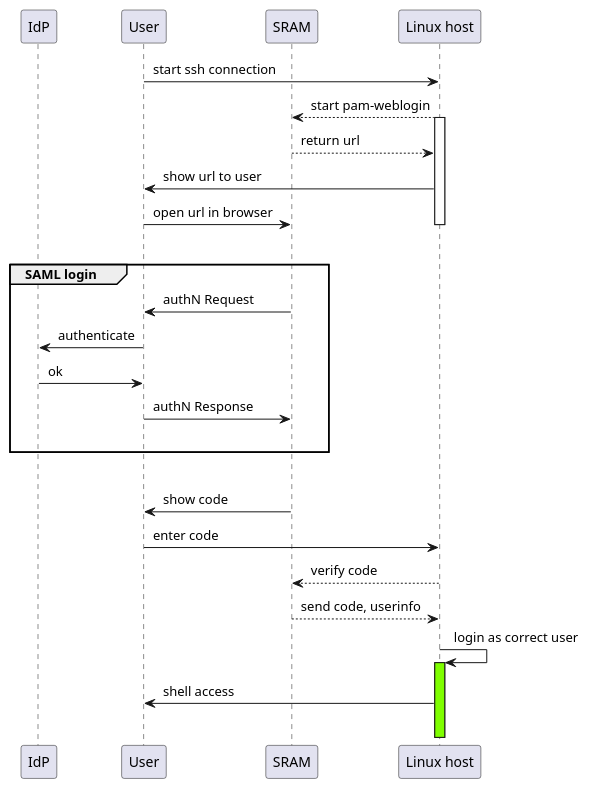
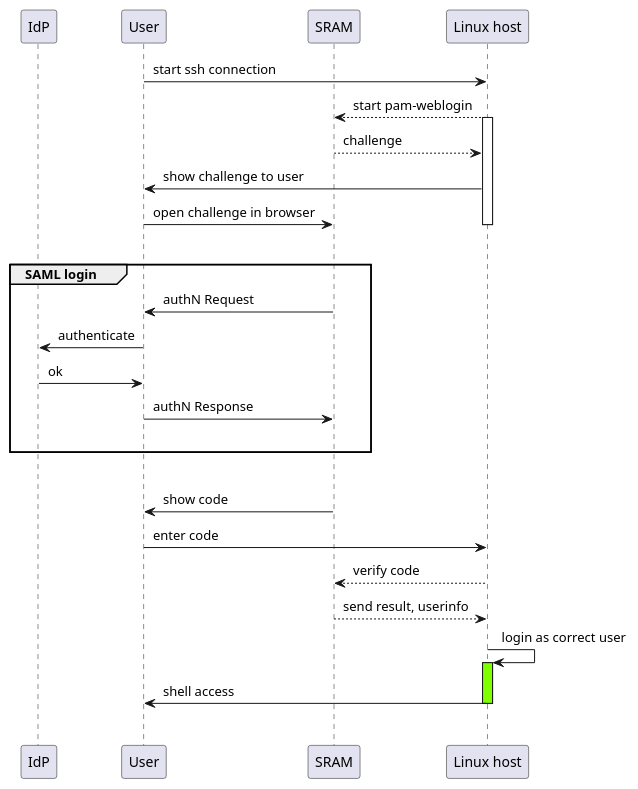
The diagram in doc/pam-weblogin.plantuml (SURFscz/pam-weblogin), drawn with PlantUML before and after one commit. The commit also changed 4 other files, not shown here.

```diff
--- a/doc/pam-weblogin.plantuml
+++ b/doc/pam-weblogin.plantuml
@@ -1,39 +1,40 @@
 @startuml
 skinparam ParticipantPadding 1
 skinparam SequenceMessagePadding 2
 
 participant "IdP"  as idp
 participant "User" as user
 participant "SRAM" as sram
 participant "Linux host" as linux
 
 user  ->  linux : start ssh connection
 linux --> sram  : start pam-weblogin
 activate linux
-sram  --> linux : return url
-linux ->  user  : show url to user
-user  ->  sram  : open url in browser
+sram  --> linux : challenge
+linux ->  user  : show challenge to user
+user  ->  sram  : open challenge in browser
 deactivate linux
 
 |||
-group SAML login 
+group SAML login
   sram ->  user  : authN Request
   user ->  idp : authenticate
   idp  ->  user : ok
   user ->  sram : authN Response
   |||
 end
 |||
 
 sram  ->  user  : show code
 user  ->  linux : enter code
 
 linux --> sram : verify code
-sram  --> linux : send code, userinfo
+sram  --> linux : send result, userinfo
 
 linux ->  linux : login as correct user
 activate linux #Chartreuse
 linux ->  user  : shell access
+deactivate linux
 |||
 
 @enduml
```
